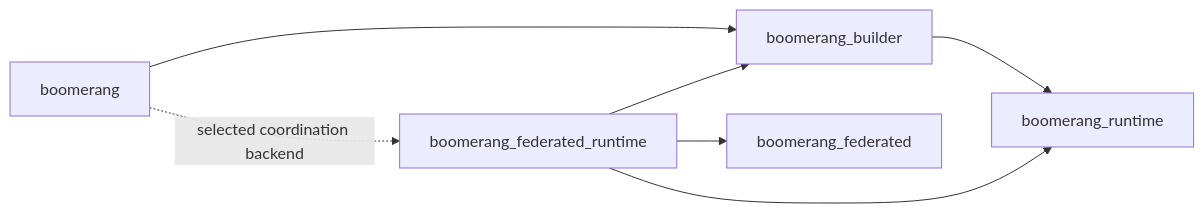
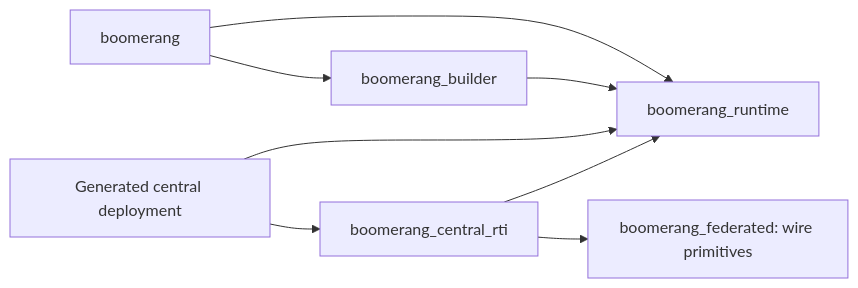
The second of 3 diagrams in docs/architecture.md (jondo2010/boomerang), drawn with Mermaid before and after one commit. The commit also changed other lines of this file and 68 other files, not shown here.

````diff
--- a/docs/architecture.md
+++ b/docs/architecture.md
@@ -212,15 +203,10 @@
 ```mermaid
 flowchart LR
-    Facade["boomerang"]
-    AssemblyLayer["boomerang_builder"]
-    Runtime["boomerang_runtime"]
-    Adapter["boomerang_federated_runtime"]
-    Protocol["boomerang_federated"]
-
-    Facade --> AssemblyLayer
-    AssemblyLayer --> Runtime
-    Facade -. selected coordination backend .-> Adapter
-    Adapter --> AssemblyLayer
-    Adapter --> Runtime
-    Adapter --> Protocol
+    Facade["boomerang"] --> Builder["boomerang_builder"]
+    Facade --> Runtime["boomerang_runtime"]
+    Builder --> Runtime
+    Generated["Generated central deployment"] --> Central["boomerang_central_rti"]
+    Generated --> Runtime
+    Central --> Runtime
+    Central --> Wire["boomerang_federated: wire primitives"]
 ```
````
